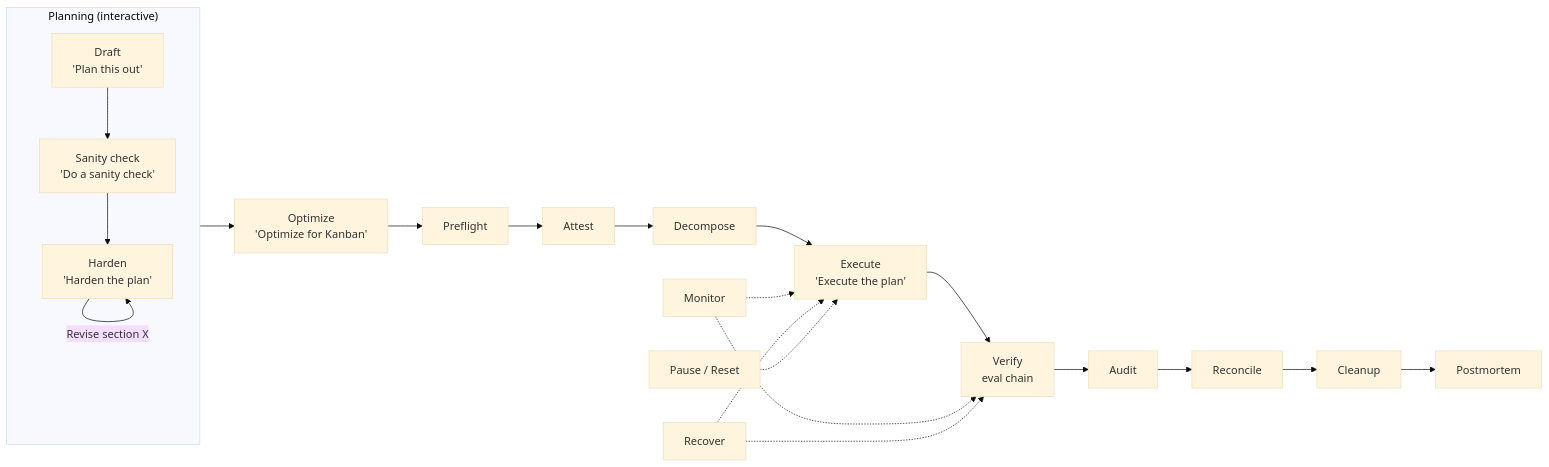
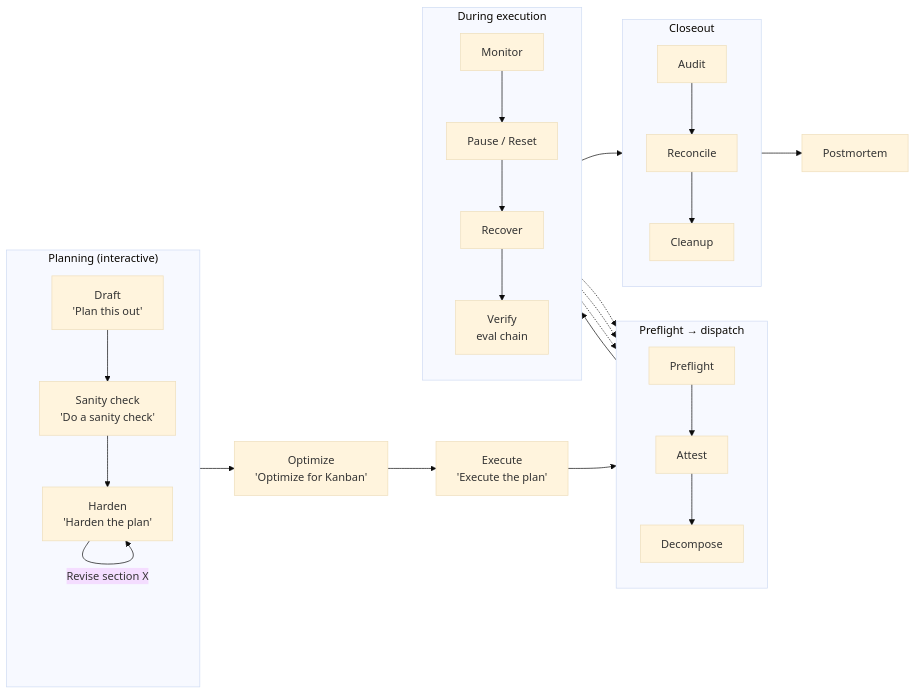
One commit to thebizfixer/hermes-kanban-advanced-workflow changed the diagram in README.md. Above: the diagram before and after it, drawn with Mermaid (base theme). The commit also changed other lines of this file and 15 other files, not shown here.

First line of the commit message:
docs: bootstrap wiki, init profile docs, README flowchart

````diff
--- a/README.md
+++ b/README.md
@@ -52,28 +52,39 @@
 ```mermaid
 flowchart LR
     subgraph PLAN["Planning (interactive)"]
+        direction TB
         DRAFT["Draft<br/>'Plan this out'"] --> SANITY["Sanity check<br/>'Do a sanity check'"]
         SANITY --> HARDEN["Harden<br/>'Harden the plan'"]
         HARDEN -->|"Revise section X"| HARDEN
     end
 
-    PLAN --> OPT["Optimize<br/>'Optimize for Kanban'"]
+    OPT["Optimize<br/>'Optimize for Kanban'"]
 
-    OPT --> PRE["Preflight"]
-    PRE --> ATT["Attest"]
-    ATT --> DEC["Decompose"]
+    EXE["Execute<br/>'Execute the plan'"]
 
-    DEC --> EXE["Execute<br/>'Execute the plan'"]
-    EXE --> VER["Verify<br/>eval chain"]
+    subgraph GATE["Preflight → dispatch"]
+        direction TB
+        PRE["Preflight"] --> ATT["Attest"] --> DEC["Decompose"]
+    end
 
-    VER --> AUD["Audit"]
-    AUD --> REC["Reconcile"]
-    REC --> CLN["Cleanup"]
-    CLN --> PM["Postmortem"]
+    subgraph OPS["During execution"]
+        direction TB
+        MON["Monitor"] --> PAUSE["Pause / Reset"] --> RCV["Recover"] --> VER["Verify<br/>eval chain"]
+    end
 
-    MON["Monitor"] -.-> EXE
-    MON -.-> VER
-    RCV["Recover"] -.-> EXE
-    RCV -.-> VER
-    PAUSE["Pause / Reset"] -.-> EXE
+    subgraph CLOSE["Closeout"]
+        direction TB
+        AUD["Audit"] --> REC["Reconcile"] --> CLN["Cleanup"]
+    end
+
+    PM["Postmortem"]
+
+    PLAN --> OPT --> EXE --> PRE
+    DEC --> VER
+    VER --> AUD
+    CLN --> PM
+
+    MON -.-> DEC
+    PAUSE -.-> DEC
+    RCV -.-> DEC
 ```
````
